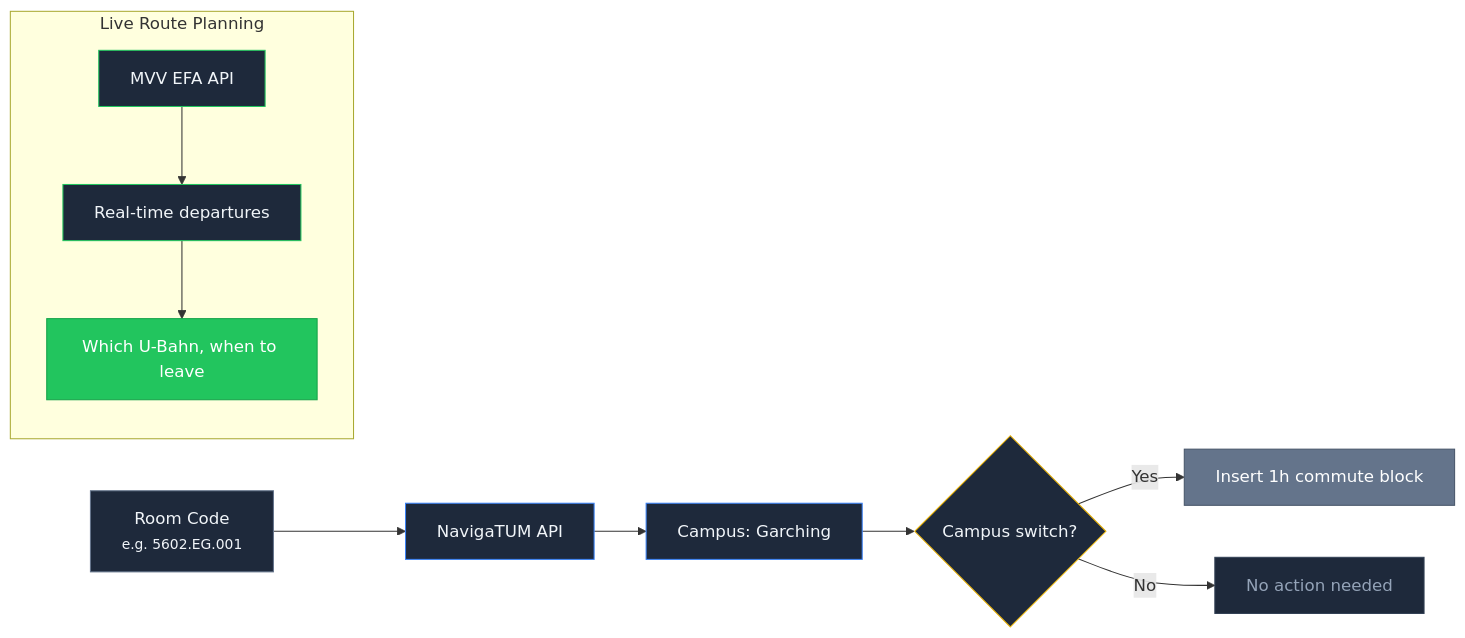
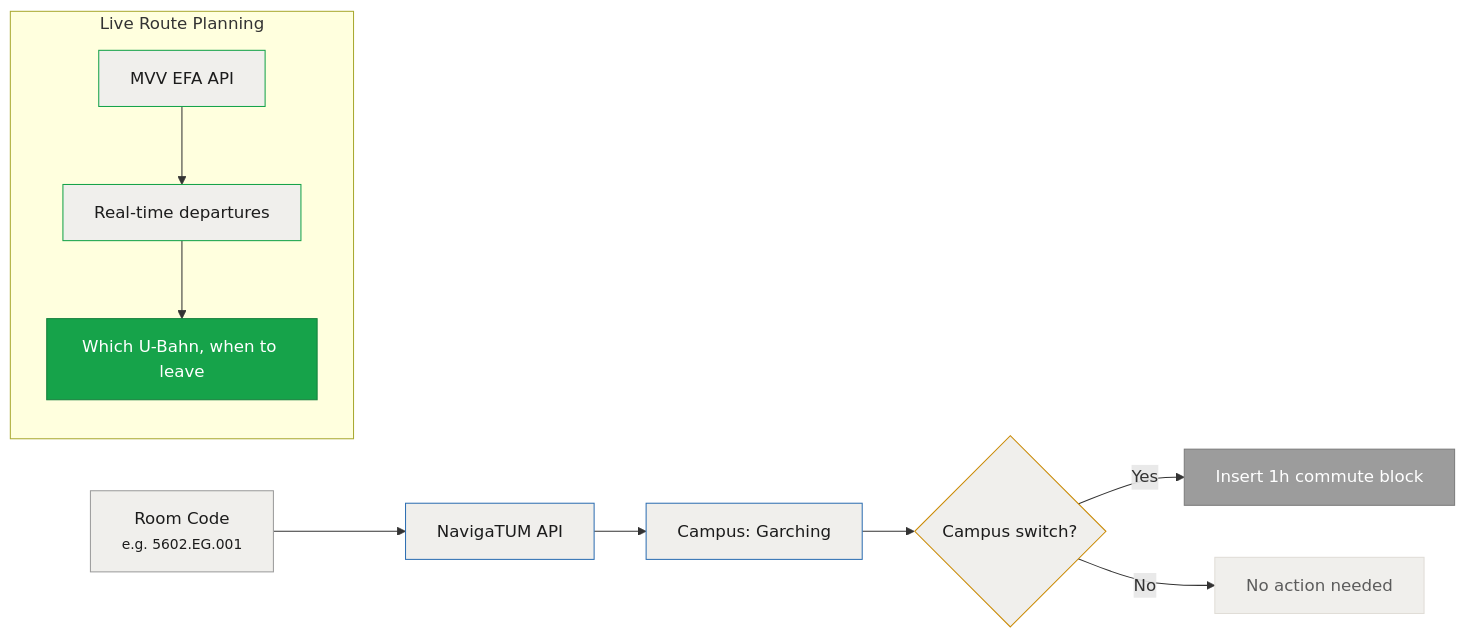
Before and after one commit to neuromaxer/AssisTUM: the eighth of 11 diagrams in pitch-deck/slides.md, drawn with Mermaid. The commit also changed other lines of this file and 2 other files, not shown here.

Commit message:
fix: switch to light theme, fix diagram overflow, add screenshot placeholders

````diff
--- a/pitch-deck/slides.md
+++ b/pitch-deck/slides.md
@@ -421,21 +433,21 @@
 ```mermaid {scale: 0.6}
 graph LR
     ROOM["Room Code<br/><small>e.g. 5602.EG.001</small>"] --> NAV["NavigaTUM API"]
     NAV --> CAMPUS["Campus: Garching"]
     CAMPUS --> CHECK{"Campus switch?"}
     CHECK -->|Yes| COMMUTE["Insert 1h commute block"]
     CHECK -->|No| SKIP["No action needed"]
     subgraph Live Route Planning
         MVV["MVV EFA API"] --> DEPS["Real-time departures"]
         DEPS --> ROUTE["Which U-Bahn, when to leave"]
     end
-    style ROOM fill:#1e293b,stroke:#64748b,color:#f1f5f9
-    style NAV fill:#1e293b,stroke:#3b82f6,color:#f1f5f9
-    style CAMPUS fill:#1e293b,stroke:#3b82f6,color:#f1f5f9
-    style CHECK fill:#1e293b,stroke:#eab308,color:#f1f5f9
-    style COMMUTE fill:#64748b,stroke:#475569,color:#fff
-    style SKIP fill:#1e293b,stroke:#334155,color:#94a3b8
-    style MVV fill:#1e293b,stroke:#22c55e,color:#f1f5f9
-    style DEPS fill:#1e293b,stroke:#22c55e,color:#f1f5f9
-    style ROUTE fill:#22c55e,stroke:#16a34a,color:#fff
+    style ROOM fill:#f0efec,stroke:#9c9c9c,color:#1c1c1c
+    style NAV fill:#f0efec,stroke:#3070b3,color:#1c1c1c
+    style CAMPUS fill:#f0efec,stroke:#3070b3,color:#1c1c1c
+    style CHECK fill:#f0efec,stroke:#ca8a04,color:#1c1c1c
+    style COMMUTE fill:#9c9c9c,stroke:#7c7c7c,color:#ffffff
+    style SKIP fill:#f0efec,stroke:#e0ddd7,color:#5c5c5c
+    style MVV fill:#f0efec,stroke:#16a34a,color:#1c1c1c
+    style DEPS fill:#f0efec,stroke:#16a34a,color:#1c1c1c
+    style ROUTE fill:#16a34a,stroke:#15803d,color:#ffffff
 ```
````
